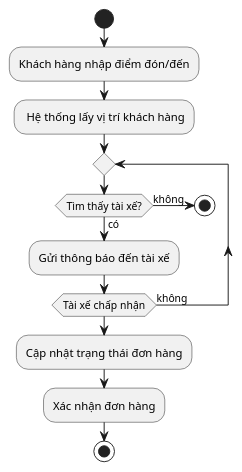
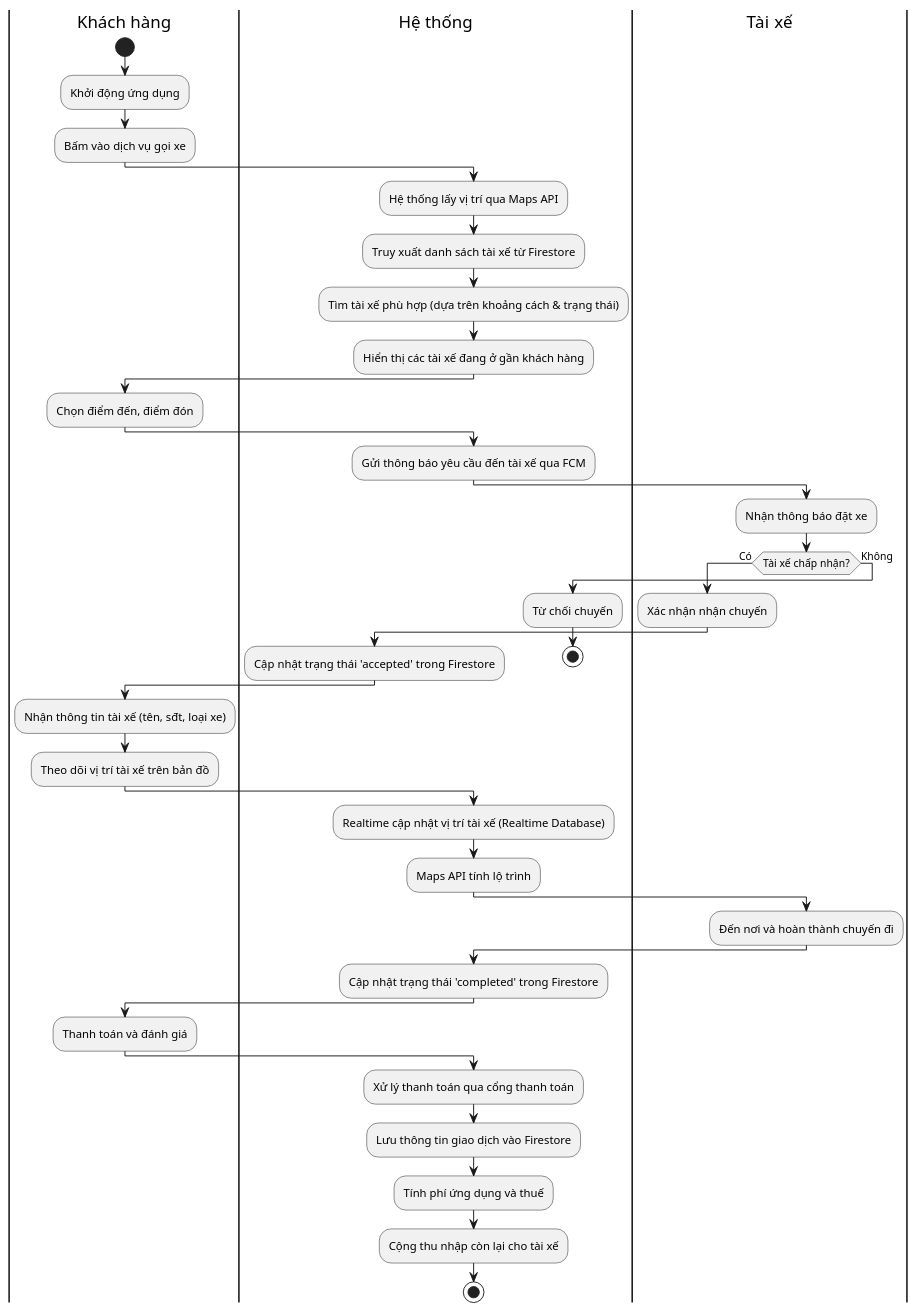
One commit to Manh-Duc-NT/GoRide changed the diagram in UML/Hailing-activity.pu. Above: the diagram before and after it, drawn with PlantUML.

```diff
--- a/UML/Hailing-activity.pu
+++ b/UML/Hailing-activity.pu
@@ -1,19 +1,56 @@
 @startuml Hailing-activity
 
+|Khách hàng|
 start
+:Khởi động ứng dụng;
+:Bấm vào dịch vụ gọi xe;
 
-:Khách hàng nhập điểm đón/đến;
-: Hệ thống lấy vị trí khách hàng;
-repeat
-if (Tìm thấy tài xế?) then (có)
-    :Gửi thông báo đến tài xế;
-    else (không)
-    stop
-    endif
-repeat while (Tài xế chấp nhận) is (không)
+|Hệ thống|
+:Hệ thống lấy vị trí qua Maps API;
+:Truy xuất danh sách tài xế từ Firestore;
+:Tìm tài xế phù hợp (dựa trên khoảng cách & trạng thái);
+:Hiển thị các tài xế đang ở gần khách hàng;
 
-:Cập nhật trạng thái đơn hàng;
-:Xác nhận đơn hàng;
+|Khách hàng|
+:Chọn điểm đến, điểm đón;
+
+|Hệ thống|
+:Gửi thông báo yêu cầu đến tài xế qua FCM;
+
+|Tài xế|
+:Nhận thông báo đặt xe;
+if (Tài xế chấp nhận?) then (Có)
+  :Xác nhận nhận chuyến;
+|Hệ thống|
+  :Cập nhật trạng thái 'accepted' trong Firestore;
+else (Không)
+  :Từ chối chuyến;
+  |Hệ thống|
+
+  stop
+endif
+
+|Khách hàng|
+:Nhận thông tin tài xế (tên, sđt, loại xe);
+:Theo dõi vị trí tài xế trên bản đồ;
+
+|Hệ thống|
+:Realtime cập nhật vị trí tài xế (Realtime Database);
+:Maps API tính lộ trình;
+
+|Tài xế|
+:Đến nơi và hoàn thành chuyến đi;
+
+|Hệ thống|
+:Cập nhật trạng thái 'completed' trong Firestore;
+
+|Khách hàng|
+:Thanh toán và đánh giá;
+
+|Hệ thống|
+:Xử lý thanh toán qua cổng thanh toán;
+:Lưu thông tin giao dịch vào Firestore;
+:Tính phí ứng dụng và thuế;
+:Cộng thu nhập còn lại cho tài xế;
 stop
-
 @enduml
```
